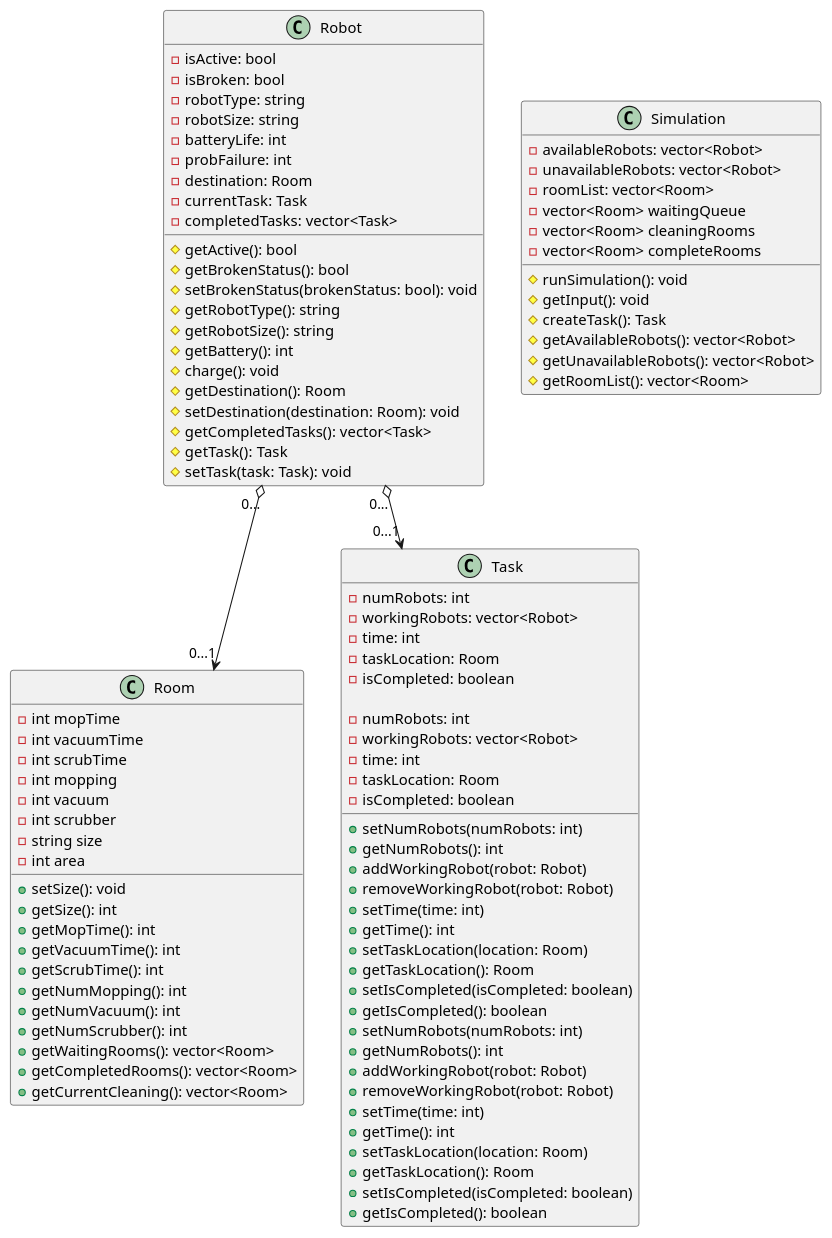
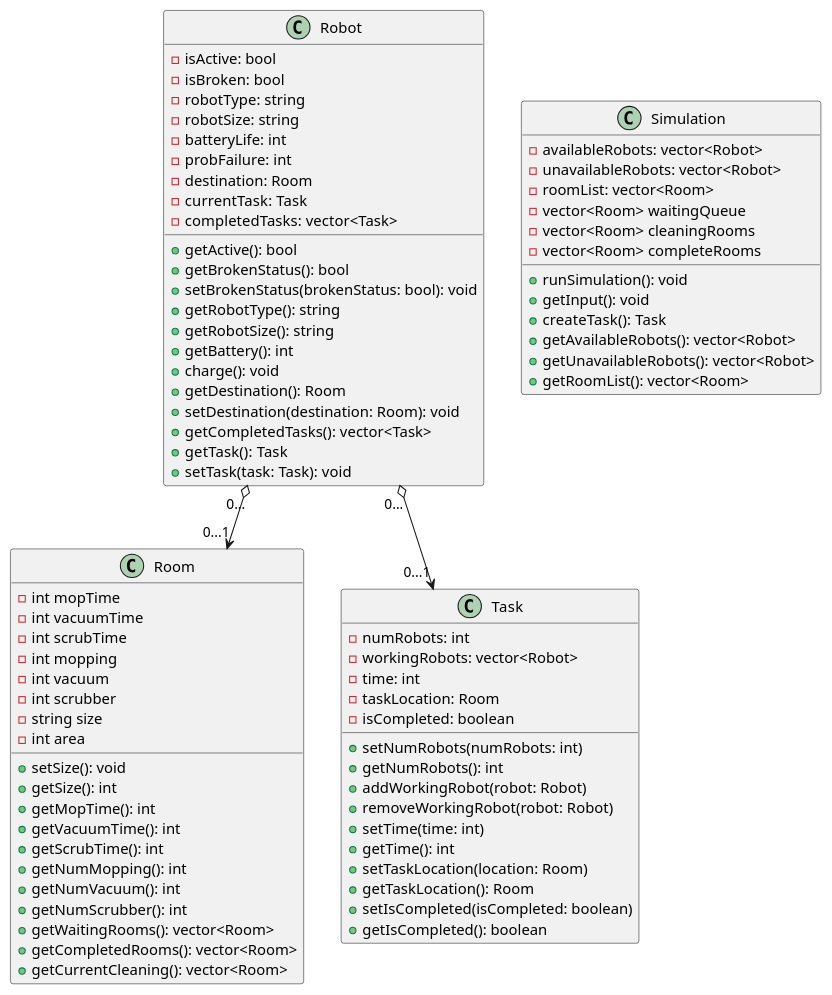
The diagram in docs/design/classDiagrams/firstClassDiagram.puml (ur-cs-courses/course-project-clean-squad), drawn with PlantUML before and after one commit.

```diff
--- a/docs/design/classDiagrams/firstClassDiagram.puml
+++ b/docs/design/classDiagrams/firstClassDiagram.puml
@@ -1,108 +1,89 @@
 @startuml classDiagrams
 
 class Robot {
     - isActive: bool
     - isBroken: bool
     - robotType: string
     - robotSize: string
     - batteryLife: int
     - probFailure: int
     - destination: Room
     - currentTask: Task
     - completedTasks: vector<Task>
-    # getActive(): bool
-    # getBrokenStatus(): bool
-    # setBrokenStatus(brokenStatus: bool): void
-    # getRobotType(): string
-    # getRobotSize(): string
-    # getBattery(): int
-    # charge(): void
-    # getDestination(): Room
-    # setDestination(destination: Room): void
-    # getCompletedTasks(): vector<Task>
-    # getTask(): Task
-    # setTask(task: Task): void
+    + getActive(): bool
+    + getBrokenStatus(): bool
+    + setBrokenStatus(brokenStatus: bool): void
+    + getRobotType(): string
+    + getRobotSize(): string
+    + getBattery(): int
+    + charge(): void
+    + getDestination(): Room
+    + setDestination(destination: Room): void
+    + getCompletedTasks(): vector<Task>
+    + getTask(): Task
+    + setTask(task: Task): void
 }
 
 class Room {
     - int mopTime
     - int vacuumTime
     - int scrubTime
     - int mopping
     - int vacuum
     - int scrubber
     - string size
     - int area
 
     + setSize(): void
     + getSize(): int
     + getMopTime(): int
     + getVacuumTime(): int
     + getScrubTime(): int
     + getNumMopping(): int
     + getNumVacuum(): int
     + getNumScrubber(): int
     + getWaitingRooms(): vector<Room>
     + getCompletedRooms(): vector<Room>
     + getCurrentCleaning(): vector<Room>
     
-
-}
-
-class Task {
-    - numRobots: int
-    - workingRobots: vector<Robot>
-    - time: int
-    - taskLocation: Room
-    - isCompleted: boolean
-
-    + setNumRobots(numRobots: int)
-    + getNumRobots(): int
-    + addWorkingRobot(robot: Robot)
-    + removeWorkingRobot(robot: Robot)
-    + setTime(time: int)
-    + getTime(): int
-    + setTaskLocation(location: Room)
-    + getTaskLocation(): Room
-    + setIsCompleted(isCompleted: boolean)
-    + getIsCompleted(): boolean
 }
 
 class Simulation {
     - availableRobots: vector<Robot>
     - unavailableRobots: vector<Robot>
     - roomList: vector<Room>
     - vector<Room> waitingQueue
     - vector<Room> cleaningRooms
     - vector<Room> completeRooms
 
-    # runSimulation(): void
-    # getInput(): void
-    # createTask(): Task
-    # getAvailableRobots(): vector<Robot>
-    # getUnavailableRobots(): vector<Robot>
-    # getRoomList(): vector<Room>
+    + runSimulation(): void
+    + getInput(): void
+    + createTask(): Task
+    + getAvailableRobots(): vector<Robot>
+    + getUnavailableRobots(): vector<Robot>
+    + getRoomList(): vector<Room>
 }
 
 class Task {
   - numRobots: int
   - workingRobots: vector<Robot>
   - time: int
   - taskLocation: Room
   - isCompleted: boolean
   + setNumRobots(numRobots: int)
   + getNumRobots(): int
   + addWorkingRobot(robot: Robot)
   + removeWorkingRobot(robot: Robot)
   + setTime(time: int)
   + getTime(): int
   + setTaskLocation(location: Room)
   + getTaskLocation(): Room
   + setIsCompleted(isCompleted: boolean)
   + getIsCompleted(): boolean
 }
 
 Robot "0..." o--> "0...1" Room
 Robot "0..." o--> "0...1" Task
 
+
 @enduml
```
